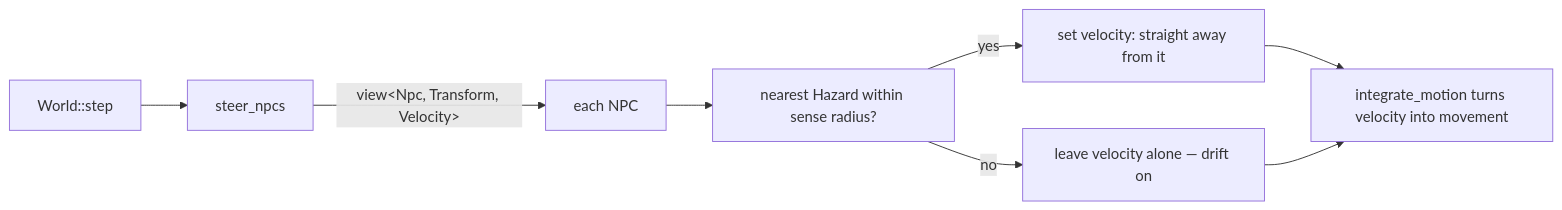
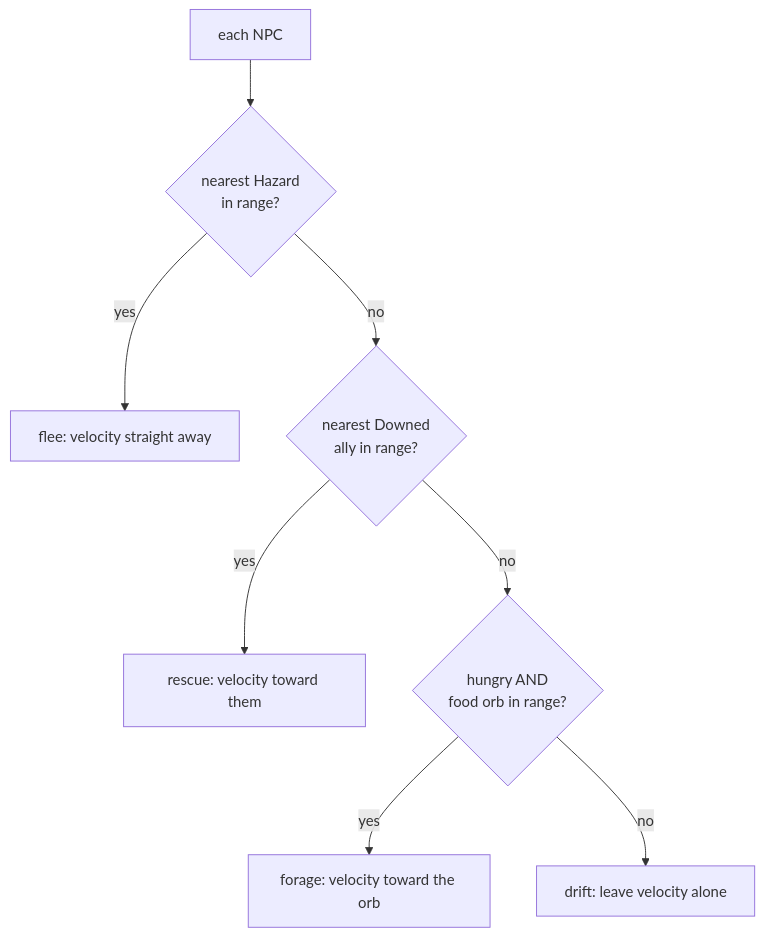
One commit to IsItJeff/game-engine changed the diagram in docs/engine/npc-behaviour.md. Above: the diagram before and after it, drawn with Mermaid. The commit also changed other lines of this file and 4 other files, not shown here.

First line of the commit message:
feat(P4): NPC seek-and-rescue — a colonist runs to haul a downed ally up (#34)

````diff
--- a/docs/engine/npc-behaviour.md
+++ b/docs/engine/npc-behaviour.md
@@ -26,10 +35,10 @@
 ```mermaid
-flowchart LR
-  step[World::step] --> steer[steer_npcs]
-  steer -->|view&lt;Npc, Transform, Velocity&gt;| npc[each NPC]
-  npc --> look[nearest Hazard within sense radius?]
-  look -->|yes| flee[set velocity: straight away from it]
-  look -->|no| drift[leave velocity alone — drift on]
-  flee --> move[integrate_motion turns velocity into movement]
-  drift --> move
+flowchart TD
+  npc[each NPC] --> haz{nearest Hazard<br/>in range?}
+  haz -->|yes| flee[flee: velocity straight away]
+  haz -->|no| dwn{nearest Downed<br/>ally in range?}
+  dwn -->|yes| rescue[rescue: velocity toward them]
+  dwn -->|no| hun{hungry AND<br/>food orb in range?}
+  hun -->|yes| forage[forage: velocity toward the orb]
+  hun -->|no| drift[drift: leave velocity alone]
 ```
````
